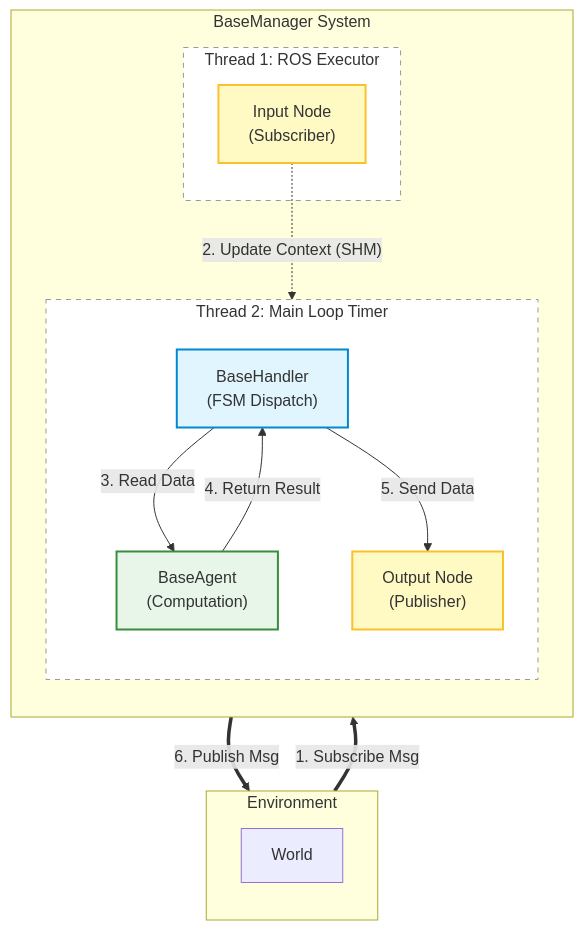
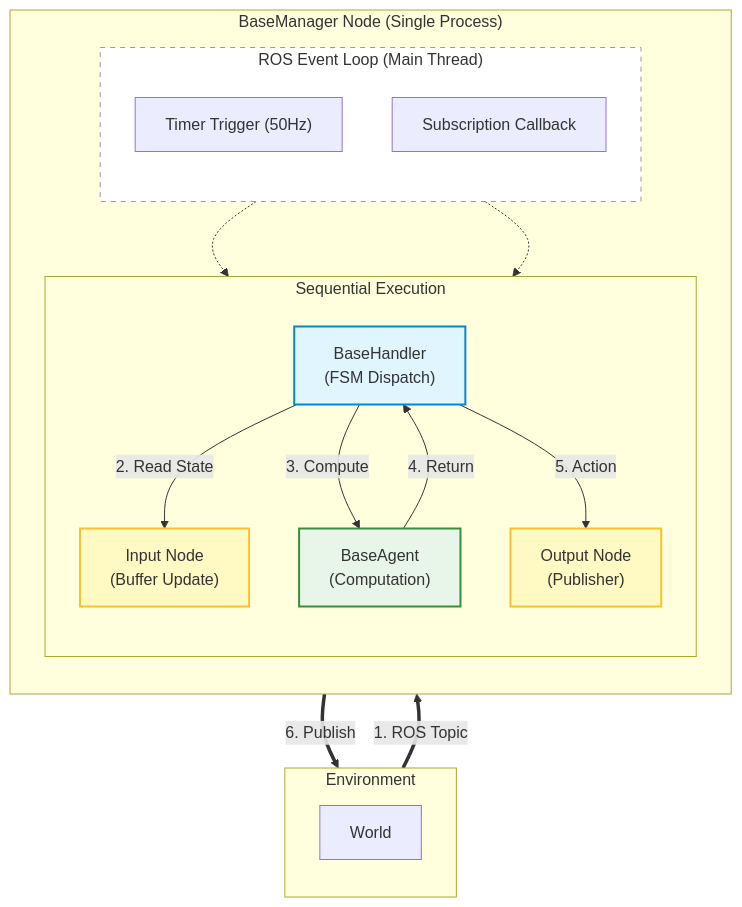
The first of 2 diagrams in docs/quick-start/architecture.md (11chens/ros_base_doc), drawn with Mermaid before and after one commit. The commit also changed other lines of this file and 12 other files, not shown here.

````diff
--- a/docs/quick-start/architecture.md
+++ b/docs/quick-start/architecture.md
@@ -7,44 +5,48 @@
 ```mermaid
 graph TB
     subgraph EnvWrapper [Environment]
         direction TB
         World[World]
     end
 
-    subgraph System["BaseManager System"]
+    subgraph System["BaseManager Node (Single Process)"]
         direction TB
 
-        subgraph Thread1["Thread 1: ROS Executor"]
-            InputNode["Input Node<br>(Subscriber)"]
+        subgraph EventLoop["ROS Event Loop (Main Thread)"]
+            direction TB
+            TimerTrigger["Timer Trigger (50Hz)"]
+            MsgCallback["Subscription Callback"]
         end
         
-        subgraph Thread2["Thread 2: Main Loop Timer"]
+        subgraph LogicFlow ["Sequential Execution"]
             direction TB
+            InputNode["Input Node<br>(Buffer Update)"]
             LogicHandler["BaseHandler<br>(FSM Dispatch)"]
             ComputeAgent["BaseAgent<br>(Computation)"]
             OutputNode["Output Node<br>(Publisher)"]
         end
     end
 
-    %% Async Phase
-    World == "1. Subscribe Msg" ==> InputNode
-    InputNode -. "2. Update Context (SHM)" .-> LogicHandler
-    
-    %% Sync Phase
-    LogicHandler -- "3. Read Data" --> ComputeAgent
-    ComputeAgent -- "4. Return Result" --> LogicHandler
-    LogicHandler -- "5. Send Data" --> OutputNode
-    OutputNode == "6. Publish Msg" ==> World
+    %% Event Sources
+    World == "1. ROS Topic" ==> MsgCallback
+    MsgCallback -.-> InputNode
+    TimerTrigger -.-> LogicHandler
+
+    %% Logic Chain
+    LogicHandler -- "2. Read State" --> InputNode
+    LogicHandler -- "3. Compute" --> ComputeAgent
+    ComputeAgent -- "4. Return" --> LogicHandler
+    LogicHandler -- "5. Action" --> OutputNode
+    OutputNode == "6. Publish" ==> World
 
     %% Styles
     classDef yellow fill:#fff9c4,stroke:#fbc02d,stroke-width:2px;
     classDef blue fill:#e1f5fe,stroke:#0288d1,stroke-width:2px;
     classDef green fill:#e8f5e9,stroke:#388e3c,stroke-width:2px;
     classDef box fill:#fff,stroke:#999,stroke-dasharray:5 5;
     
     class InputNode,OutputNode yellow;
     class LogicHandler blue;
     class ComputeAgent green;
-    class Thread1,Thread2 box;
-
+    class EventLoop box;
 ```
````
